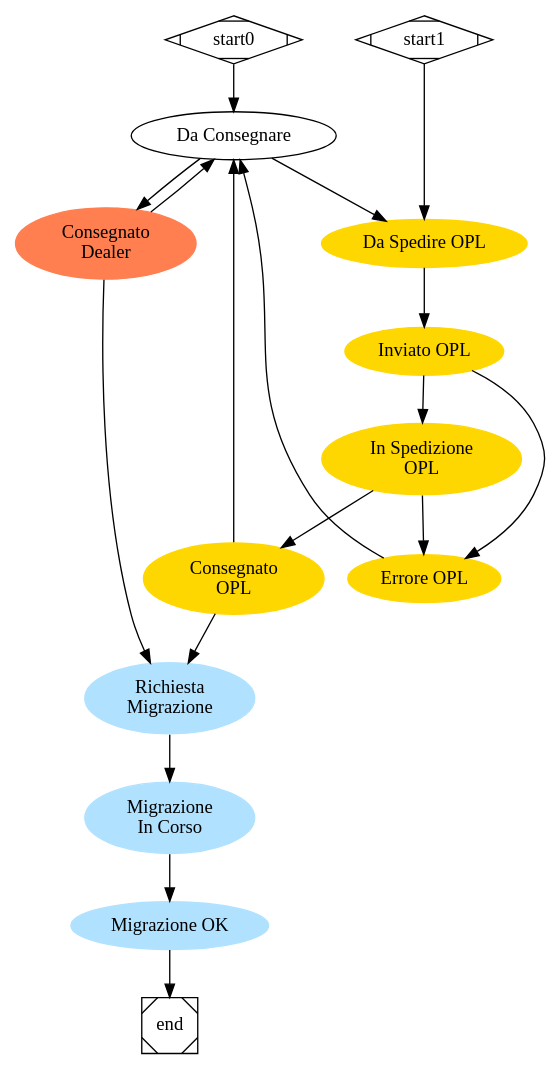
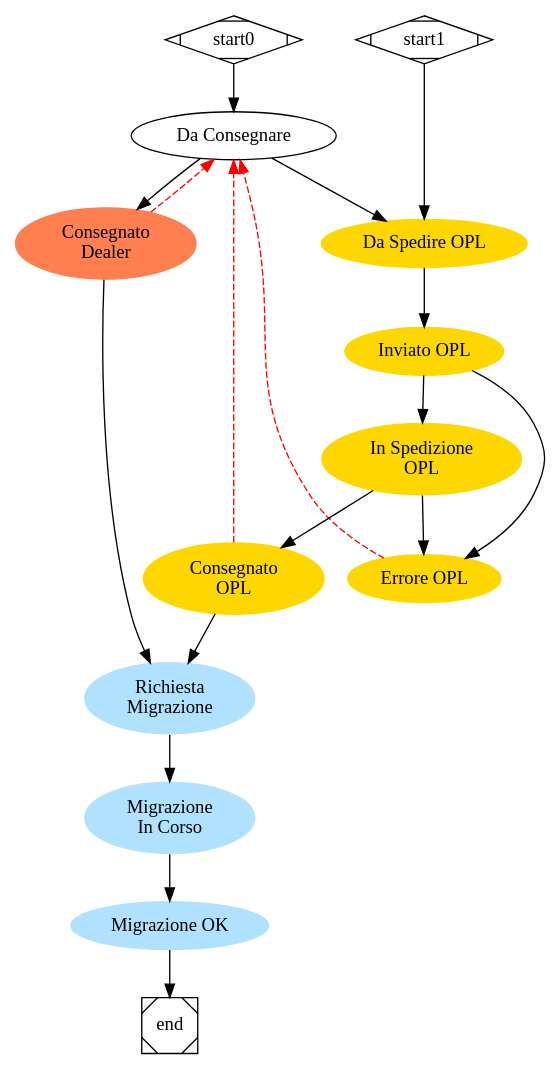
One commit to mmbros/fmvno changed the diagram in doc/mobile_status_flowchart.dot. Above: the diagram before and after it, drawn with Graphviz. The commit also changed 8 other files, not shown here.

```diff
--- a/doc/mobile_status_flowchart.dot
+++ b/doc/mobile_status_flowchart.dot
@@ -1,55 +1,62 @@
 digraph G {
 
 
   node [fontname = "Helvetica-Outline" ];
 
   start0 [shape=Mdiamond];
   start1 [shape=Mdiamond];
   end [shape=Msquare];
 
   init [label="Da Consegnare"];
 
   node [
 		style = filled;
 		color = gold1 ];
 
   da_sped [label="Da Spedire OPL"];
   inv_opl [label="Inviato OPL"];
   err_opl [label="Errore OPL"];
   sped_opl [label="In Spedizione\nOPL"];
   cons_opl [label="Consegnato\nOPL"];
 
   node [
 		style = filled;
 		color = coral ];
 
   cons_dealer [label="Consegnato\nDealer"];
 
 
   node [
 		style = filled;
 		color = lightskyblue1 ];
 
   rich_migr [label="Richiesta\nMigrazione"];
   migr_in_corso [label="Migrazione\nIn Corso"];
   migr_ok [label="Migrazione OK"];
 
   {rank=same; start0 start1;}
 
   start0 -> init;
   start1 -> da_sped;
 
   init -> {da_sped cons_dealer};
 
   da_sped -> inv_opl;
   inv_opl -> {sped_opl err_opl};
   sped_opl -> {cons_opl err_opl};
-  cons_opl -> {init rich_migr};
-  err_opl -> init;
-
-  cons_dealer -> {init rich_migr};
+  cons_opl -> rich_migr;
+  cons_dealer -> rich_migr;
 
   rich_migr -> migr_in_corso;
   migr_in_corso -> migr_ok;
   migr_ok -> end;
+
+
+edge[style=dashed, color=red]
+
+  err_opl -> init;
+  cons_opl -> init;
+  cons_dealer -> init;
+
+
 }
```
